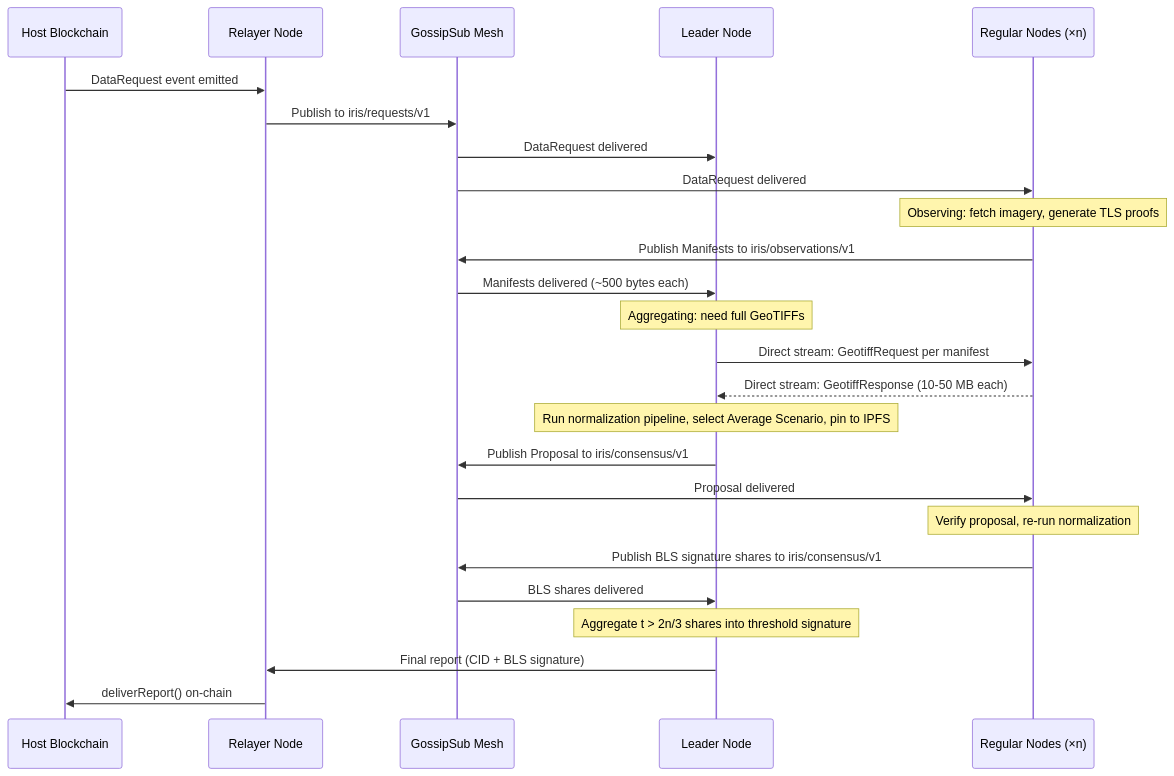
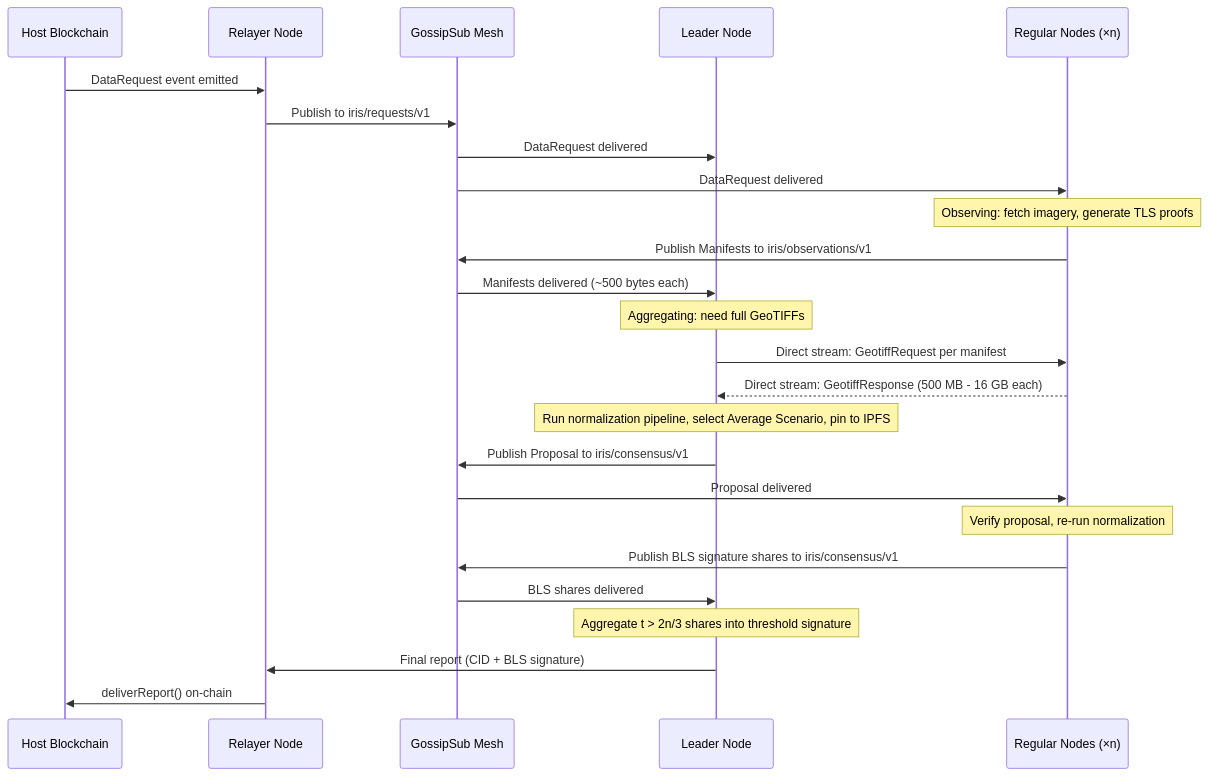
Before and after one commit to Hubble-Labs/iris: the tenth of 12 diagrams in docs/architecture.md, drawn with Mermaid. The commit also changed other lines of this file, not shown here.

Commit message:
docs: add architecture overview document for Iris Protocol

````diff
--- a/docs/architecture.md
+++ b/docs/architecture.md
@@ -508,39 +539,39 @@
 ```mermaid
 sequenceDiagram
     participant Chain as Host Blockchain
     participant Relayer as Relayer Node
     participant GS as GossipSub Mesh
     participant Leader as Leader Node
     participant Nodes as Regular Nodes (×n)
 
     Chain->>Relayer: DataRequest event emitted
     Relayer->>GS: Publish to iris/requests/v1
 
     GS->>Leader: DataRequest delivered
     GS->>Nodes: DataRequest delivered
 
     Note over Nodes: Observing: fetch imagery, generate TLS proofs
 
     Nodes->>GS: Publish Manifests to iris/observations/v1
     GS->>Leader: Manifests delivered (~500 bytes each)
 
     Note over Leader: Aggregating: need full GeoTIFFs
 
     Leader->>Nodes: Direct stream: GeotiffRequest per manifest
-    Nodes-->>Leader: Direct stream: GeotiffResponse (10-50 MB each)
+    Nodes-->>Leader: Direct stream: GeotiffResponse (500 MB - 16 GB each)
 
     Note over Leader: Run normalization pipeline, select Average Scenario, pin to IPFS
 
     Leader->>GS: Publish Proposal to iris/consensus/v1
     GS->>Nodes: Proposal delivered
 
     Note over Nodes: Verify proposal, re-run normalization
 
     Nodes->>GS: Publish BLS signature shares to iris/consensus/v1
     GS->>Leader: BLS shares delivered
 
     Note over Leader: Aggregate t > 2n/3 shares into threshold signature
 
     Leader->>Relayer: Final report (CID + BLS signature)
     Relayer->>Chain: deliverReport() on-chain
 ```
````
